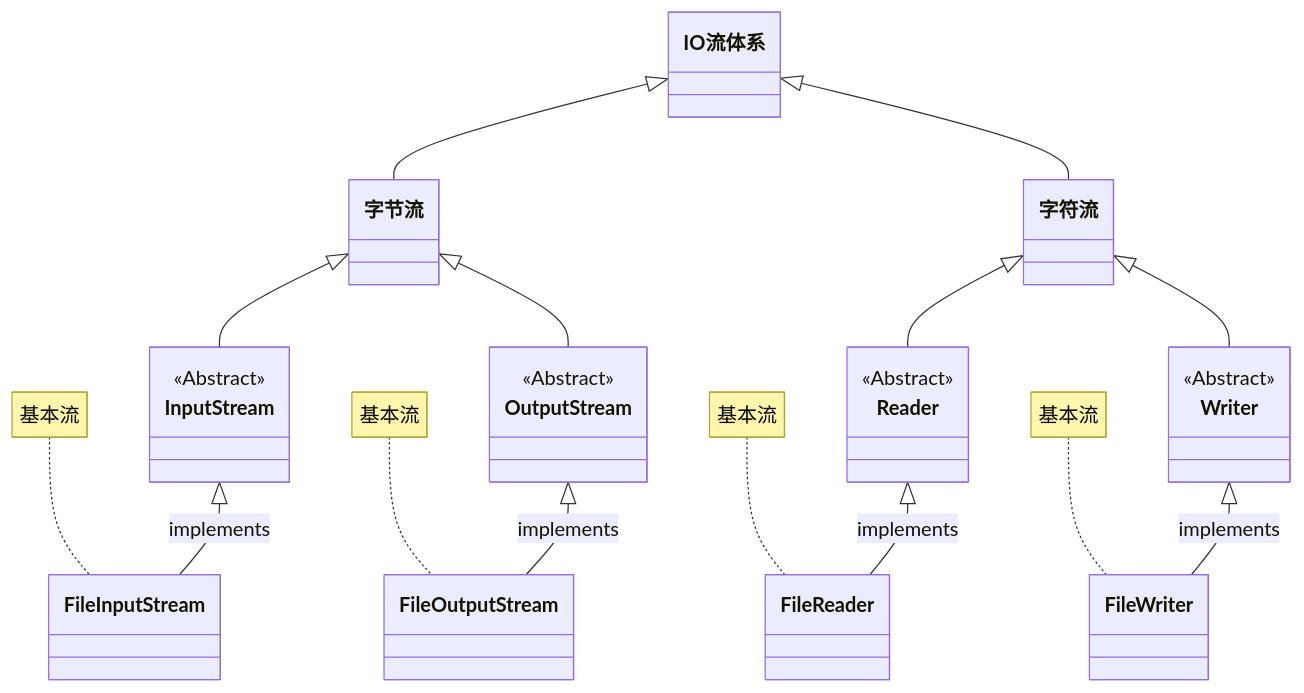
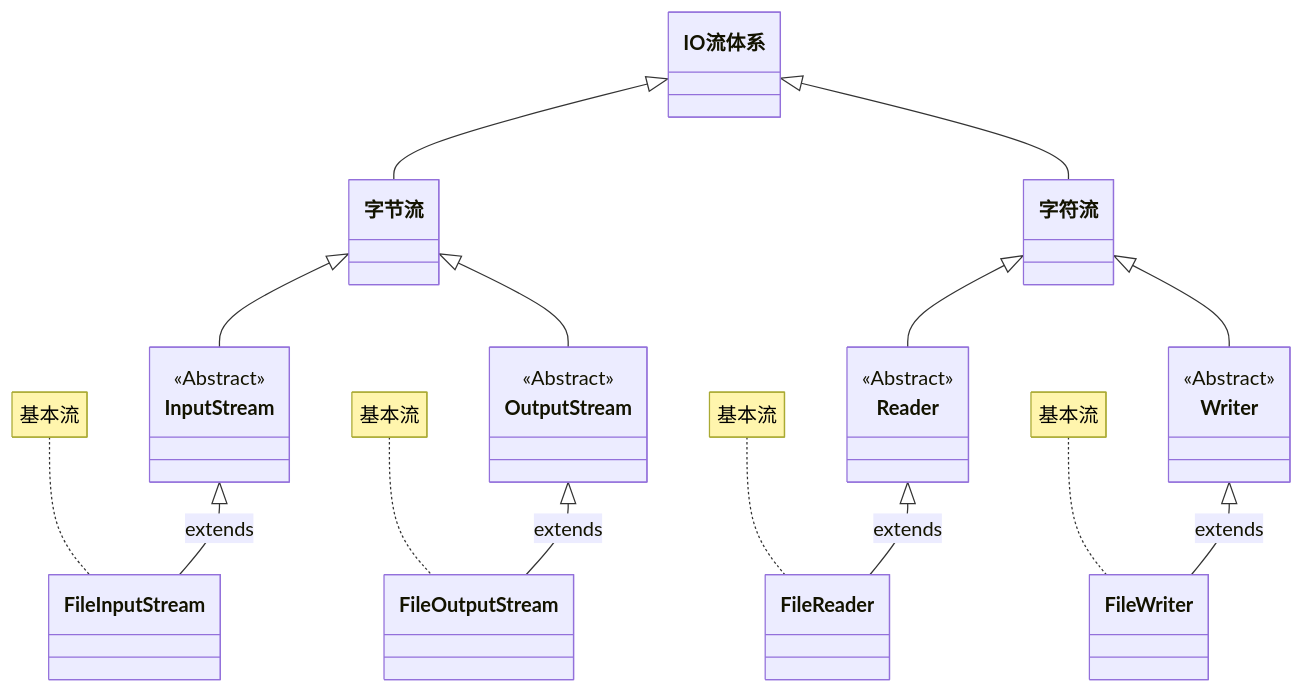
The first of 3 diagrams in docs/zh/01.Java语言基础/04.Java语言高级/03.Java IO（三）/index.md (Aurorxa/java), drawn with Mermaid before and after one commit. The commit also changed other lines of this file, not shown here.

````diff
--- a/docs/zh/01.Java语言基础/04.Java语言高级/03.Java IO（三）/index.md
+++ b/docs/zh/01.Java语言基础/04.Java语言高级/03.Java IO（三）/index.md
@@ -7,30 +7,30 @@
 ```mermaid
 classDiagram
     IO 流体系 <|-- 字节流 
     IO 流体系 <|-- 字符流 
     字节流 <|-- InputStream 
     字节流 <|-- OutputStream 
     字符流 <|-- Reader 
     字符流 <|-- Writer 
-    InputStream <|-- FileInputStream :implements
+    InputStream <|-- FileInputStream :extends
     note for FileInputStream "基本流" 
-    OutputStream <|-- FileOutputStream :implements
+    OutputStream <|-- FileOutputStream :extends
     note for FileOutputStream "基本流" 
-    Reader <|-- FileReader :implements
+    Reader <|-- FileReader :extends
     note for FileReader "基本流" 
-    Writer <|-- FileWriter :implements
+    Writer <|-- FileWriter :extends
     note for FileWriter "基本流" 
     class InputStream{
         <<Abstract>>
     }
     class OutputStream{
         <<Abstract>>
     }
     class Reader{
         <<Abstract>>
     }
     class Writer{
         <<Abstract>>
     }
 
 ```
````
